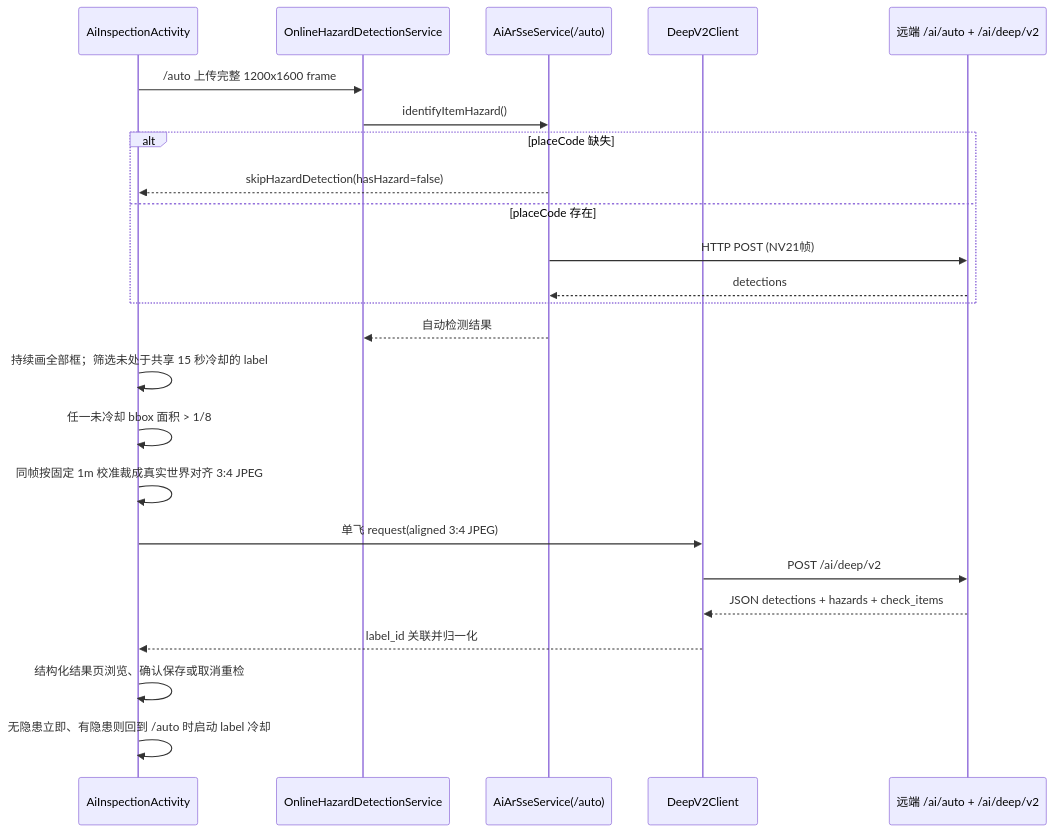
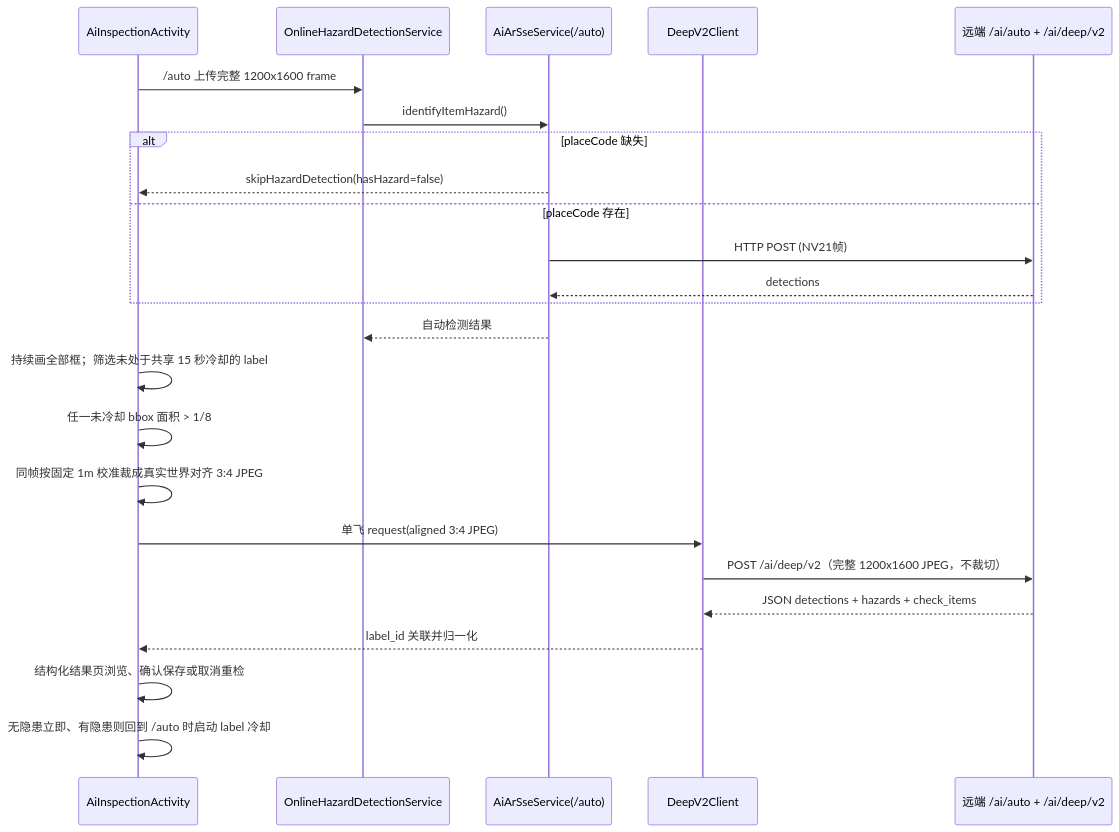
Before and after one commit to WuChaoli/HiddenRiskGlass: the fourth of 9 diagrams in docs/CODEMAPS.md, drawn with Mermaid. The commit also changed other lines of this file and 10 other files, not shown here.

Commit message:
优化：统一V2完整图与结果动画时序

````diff
--- a/docs/CODEMAPS.md
+++ b/docs/CODEMAPS.md
@@ -191,27 +191,27 @@
 ```mermaid
 sequenceDiagram
     participant AI as AiInspectionActivity
     participant ODS as OnlineHazardDetectionService
     participant SSE as AiArSseService(/auto)
     participant V2 as DeepV2Client
     participant Remote as 远端 /ai/auto + /ai/deep/v2
 
     AI->>ODS: /auto 上传完整 1200x1600 frame
     ODS->>SSE: identifyItemHazard()
     alt placeCode 缺失
         SSE-->>AI: skipHazardDetection(hasHazard=false)
     else placeCode 存在
         SSE->>Remote: HTTP POST (NV21帧)
         Remote-->>SSE: detections
     end
     SSE-->>ODS: 自动检测结果
     AI->>AI: 持续画全部框；筛选未处于共享 15 秒冷却的 label
     AI->>AI: 任一未冷却 bbox 面积 > 1/8
     AI->>AI: 同帧按固定 1m 校准裁成真实世界对齐 3:4 JPEG
     AI->>V2: 单飞 request(aligned 3:4 JPEG)
-    V2->>Remote: POST /ai/deep/v2
+    V2->>Remote: POST /ai/deep/v2（完整 1200x1600 JPEG，不裁切）
     Remote-->>V2: JSON detections + hazards + check_items
     V2-->>AI: label_id 关联并归一化
     AI->>AI: 结构化结果页浏览、确认保存或取消重检
     AI->>AI: 无隐患立即、有隐患则回到 /auto 时启动 label 冷却
 ```
````
